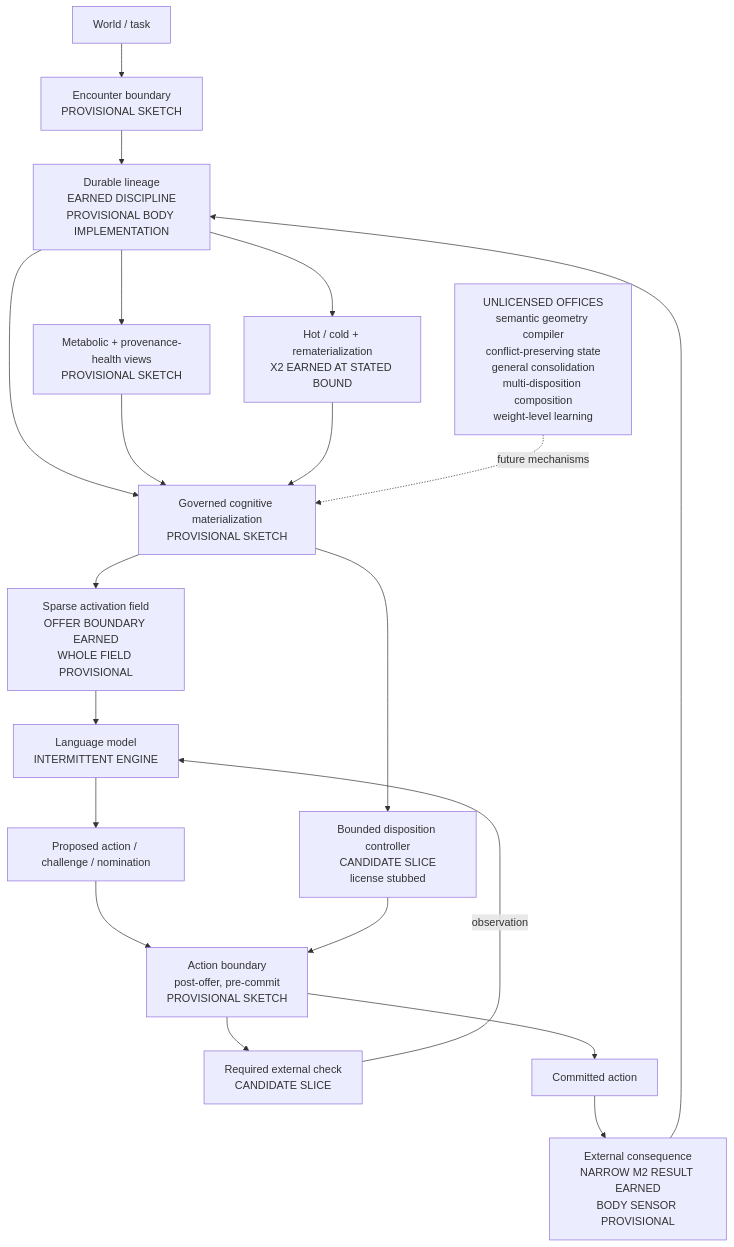
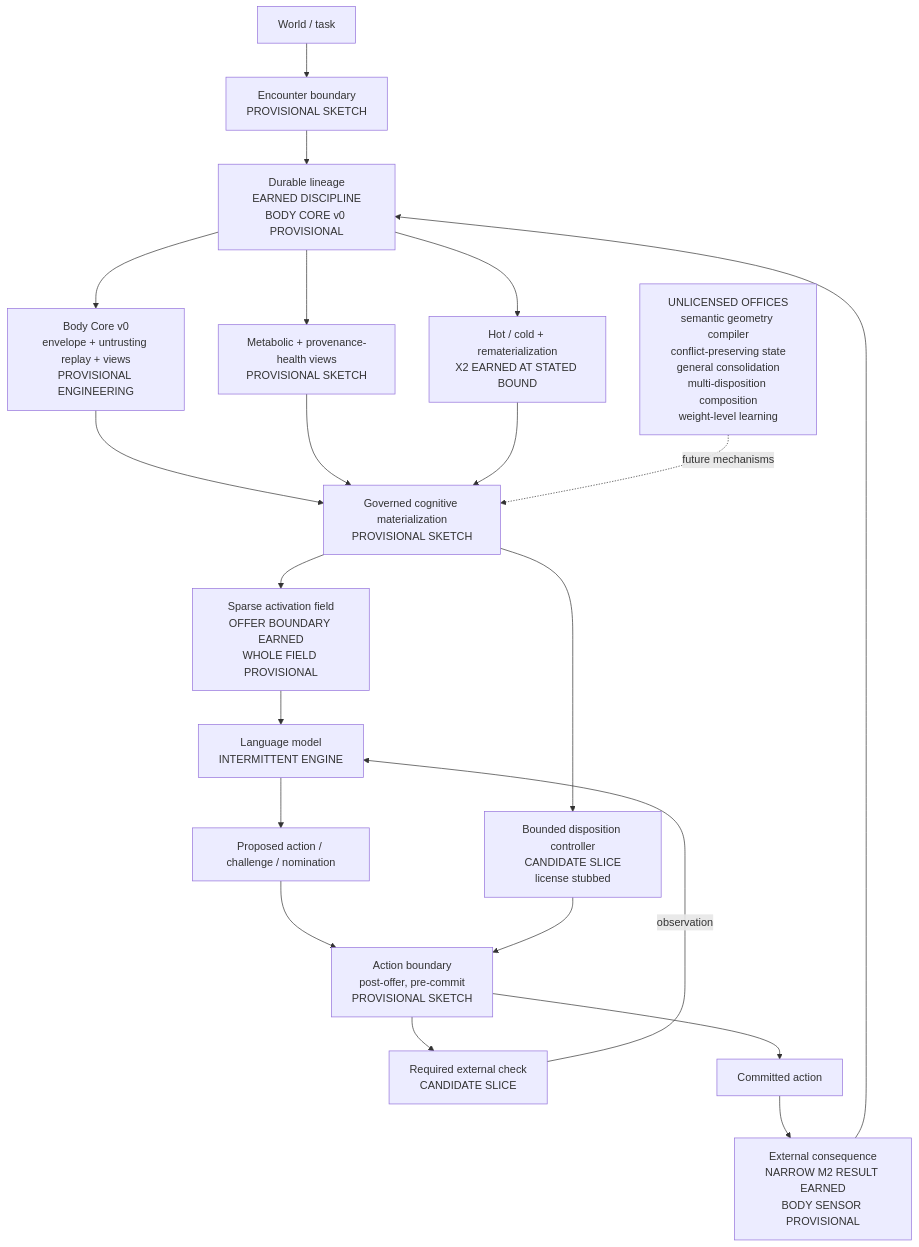
Before and after one commit to stack-research/construct: the diagram in notes/BODY_MAP.md, drawn with Mermaid. The commit also changed other lines of this file and 27 other files, not shown here.

Commit message:
Build and review Body Core v0

````diff
--- a/notes/BODY_MAP.md
+++ b/notes/BODY_MAP.md
@@ -23,29 +23,30 @@
 ```mermaid
 flowchart TD
     World["World / task"] --> Encounter["Encounter boundary<br/>PROVISIONAL SKETCH"]
-    Encounter --> Lineage["Durable lineage<br/>EARNED DISCIPLINE<br/>PROVISIONAL BODY IMPLEMENTATION"]
+    Encounter --> Lineage["Durable lineage<br/>EARNED DISCIPLINE<br/>BODY CORE v0 PROVISIONAL"]
 
-    Lineage --> Materialization["Governed cognitive materialization<br/>PROVISIONAL SKETCH"]
+    Lineage --> Core["Body Core v0<br/>envelope + untrusting replay + views<br/>PROVISIONAL ENGINEERING"]
+    Core --> Materialization["Governed cognitive materialization<br/>PROVISIONAL SKETCH"]
     Materialization --> Activation["Sparse activation field<br/>OFFER BOUNDARY EARNED<br/>WHOLE FIELD PROVISIONAL"]
     Activation --> Model["Language model<br/>INTERMITTENT ENGINE"]
 
     Model --> Proposal["Proposed action / challenge / nomination"]
     Proposal --> ActionBoundary["Action boundary<br/>post-offer, pre-commit<br/>PROVISIONAL SKETCH"]
     Materialization --> Disposition["Bounded disposition controller<br/>CANDIDATE SLICE<br/>license stubbed"]
     Disposition --> ActionBoundary
     ActionBoundary --> Check["Required external check<br/>CANDIDATE SLICE"]
     Check -->|"observation"| Model
     ActionBoundary --> Commit["Committed action"]
 
     Commit --> Consequence["External consequence<br/>NARROW M2 RESULT EARNED<br/>BODY SENSOR PROVISIONAL"]
     Consequence --> Lineage
 
     Lineage --> Metabolic["Metabolic + provenance-health views<br/>PROVISIONAL SKETCH"]
     Metabolic --> Materialization
 
     Lineage --> HotCold["Hot / cold + rematerialization<br/>X2 EARNED AT STATED BOUND"]
     HotCold --> Materialization
 
     Unlicensed["UNLICENSED OFFICES<br/>semantic geometry compiler<br/>conflict-preserving state<br/>general consolidation<br/>multi-disposition composition<br/>weight-level learning"]
     Unlicensed -. future mechanisms .-> Materialization
 ```
````
